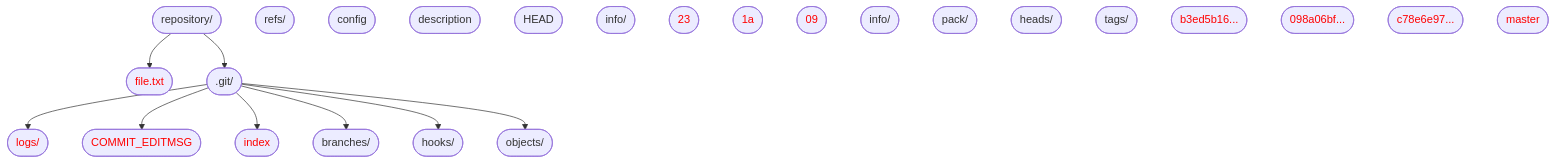
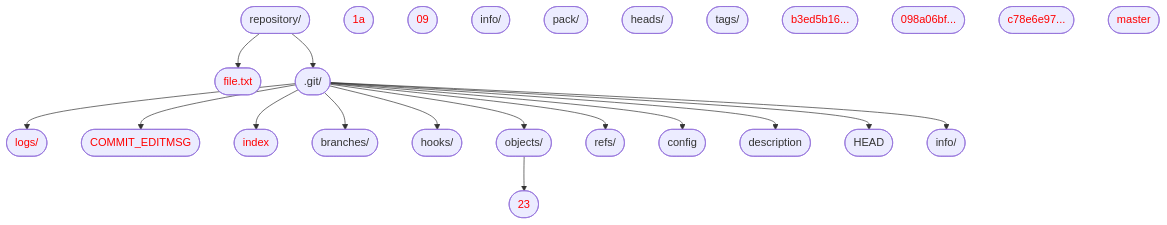
The second of 26 diagrams in docs/basic-concepts.md (hpc2n/course-intro-git), drawn with Mermaid before and after one commit.

Commit message:
Adding lecture 3

````diff
--- a/docs/basic-concepts.md
+++ b/docs/basic-concepts.md
@@ -113,48 +113,54 @@
 ```mermaid
 graph TD 
   A(["repository/"])
   B(["file.txt"]) 
   style B color:#FF0000
   C([".git/"])
   D(["logs/"]) 
   style D color:#FF0000
   E(["COMMIT_EDITMSG"])
   style E color:#FF0000
   F(["index"])
   style F color:#FF0000
   G(["branches/"])
   H(["hooks/"])
   I(["objects/"])
   J(["refs/"])
   K(["config"])
   L(["description"])
   M(["HEAD"])
   N(["info/ "])
   O(["23"])
   style O color:#FF0000
   P(["1a"])
   style P color:#FF0000
   Q(["09"])
   style Q color:#FF0000
   R(["info/ "])
   S(["pack/"])
   T(["heads/"])
   U(["tags/"]) 
   V(["b3ed5b16..."])
   style V color:#FF0000
   W(["098a06bf..."])
   style W color:#FF0000
   X(["c78e6e97..."])
   style X color:#FF0000
   Y(["master"])
   style Y color:#FF0000
  
   A --> B
   A --> C
   C --> D
   C --> E
   C --> F
   C --> G
   C --> H
   C --> I
+  C --> J
+  C --> K
+  C --> L 
+  C --> M
+  C --> N
+  I --> O
 ```
````
